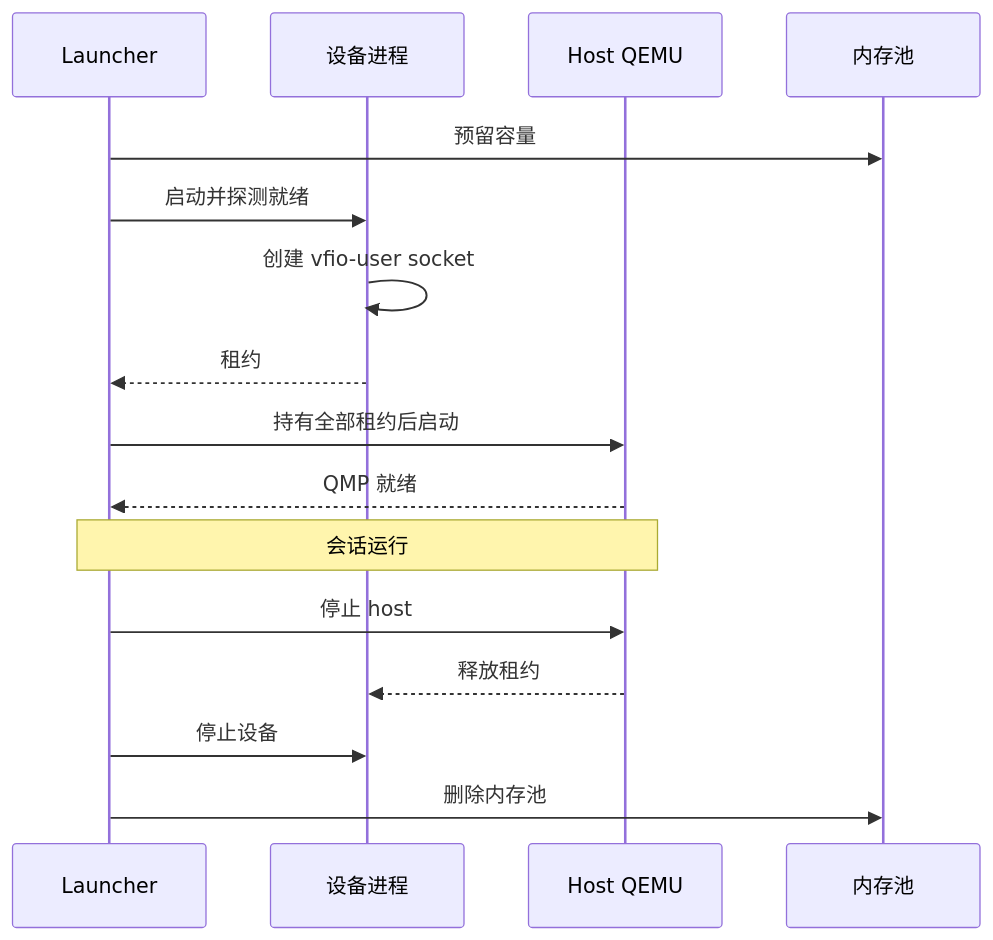
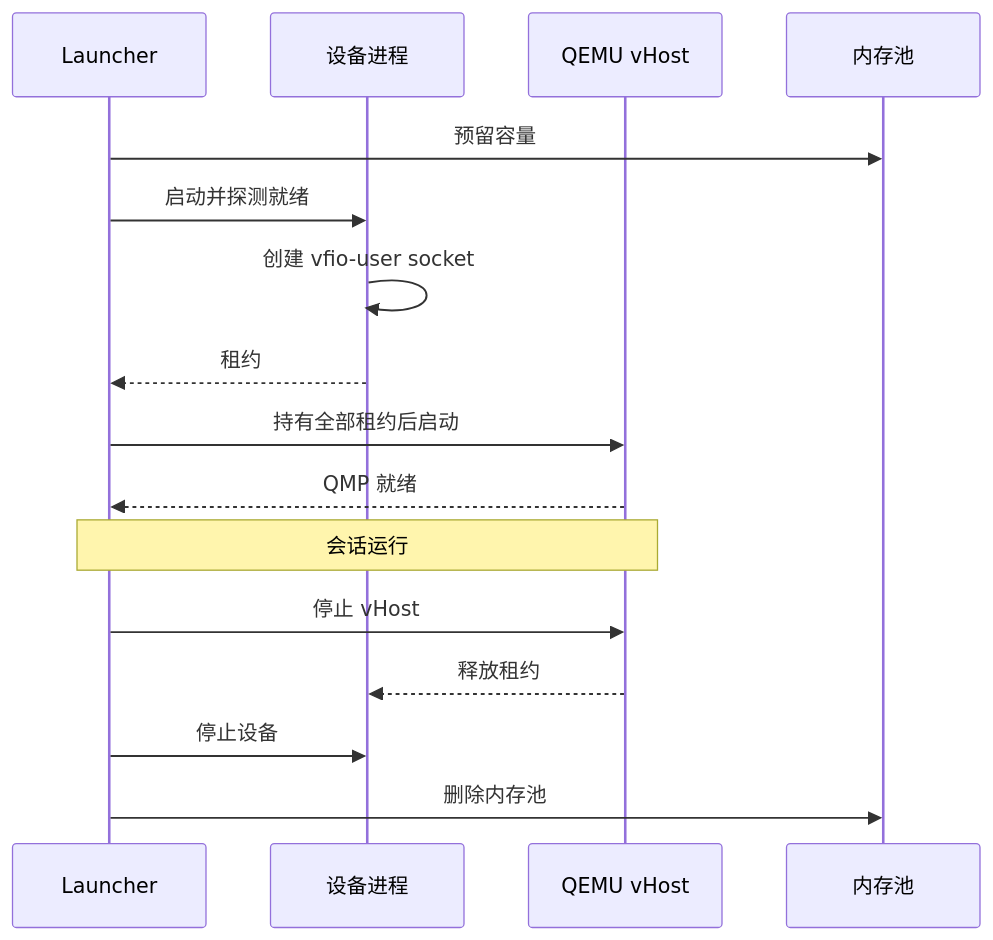
One commit to chengchen512/cosim-gpu changed the diagram in docs/zh/architecture/execution_flow.rst. Above: the diagram before and after it, drawn with Mermaid. The commit also changed other lines of this file and 110 other files, not shown here.

```diff
--- a/docs/zh/architecture/execution_flow.rst
+++ b/docs/zh/architecture/execution_flow.rst
@@ -29,18 +29,18 @@
 .. mermaid::
 
    sequenceDiagram
        participant L as Launcher
        participant D as 设备进程
-       participant H as Host QEMU
+       participant H as QEMU vHost
        participant P as 内存池
        L->>P: 预留容量
        L->>D: 启动并探测就绪
        D->>D: 创建 vfio-user socket
        D-->>L: 租约
        L->>H: 持有全部租约后启动
        H-->>L: QMP 就绪
        Note over L,H: 会话运行
-       L->>H: 停止 host
+       L->>H: 停止 vHost
        H-->>D: 释放租约
        L->>D: 停止设备
        L->>P: 删除内存池
```
